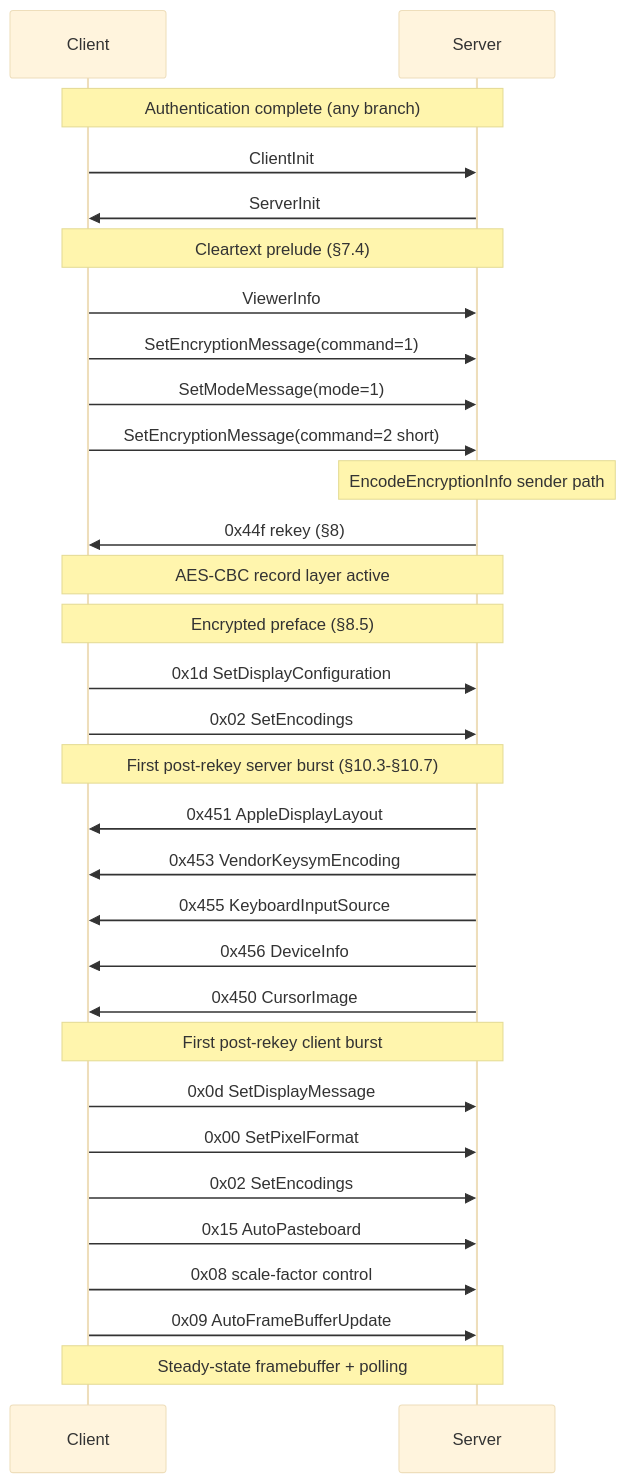
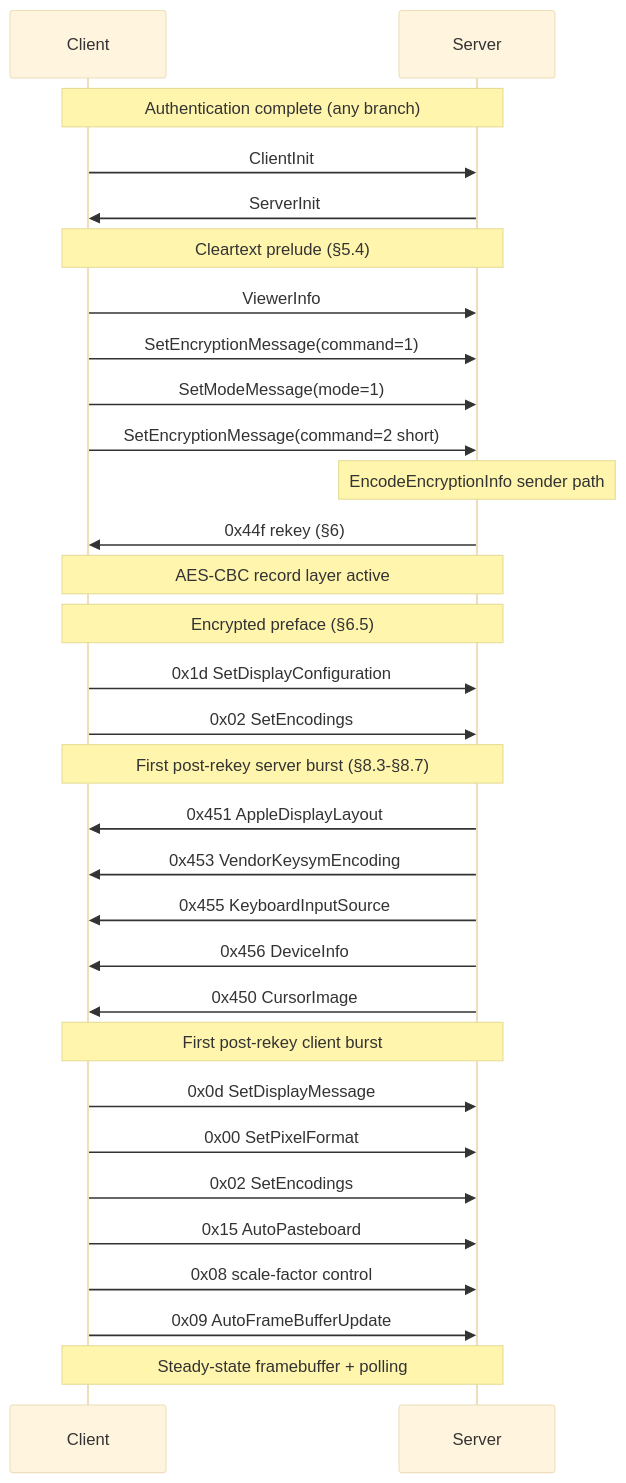
The sixth of 7 diagrams in wiki/apple_vnc_rfc.md (Chapoly1305/libvncserver), drawn with Mermaid (base theme) before and after one commit. The commit also changed other lines of this file, not shown here.

````diff
--- a/wiki/apple_vnc_rfc.md
+++ b/wiki/apple_vnc_rfc.md
@@ -1646,42 +1759,42 @@
 ```mermaid
 sequenceDiagram
     participant C as Client
     participant S as Server
 
     Note over C,S: Authentication complete (any branch)
 
     C->>S: ClientInit
     S->>C: ServerInit
 
-    Note over C,S: Cleartext prelude (§7.4)
+    Note over C,S: Cleartext prelude (§5.4)
     C->>S: ViewerInfo
     C->>S: SetEncryptionMessage(command=1)
     C->>S: SetModeMessage(mode=1)
     C->>S: SetEncryptionMessage(command=2 short)
 
     Note over S: EncodeEncryptionInfo sender path
-    S->>C: 0x44f rekey (§8)
+    S->>C: 0x44f rekey (§6)
 
     Note over C,S: AES-CBC record layer active
 
-    Note over C,S: Encrypted preface (§8.5)
+    Note over C,S: Encrypted preface (§6.5)
     C->>S: 0x1d SetDisplayConfiguration
     C->>S: 0x02 SetEncodings
 
-    Note over C,S: First post-rekey server burst (§10.3-§10.7)
+    Note over C,S: First post-rekey server burst (§8.3-§8.7)
     S->>C: 0x451 AppleDisplayLayout
     S->>C: 0x453 VendorKeysymEncoding
     S->>C: 0x455 KeyboardInputSource
     S->>C: 0x456 DeviceInfo
     S->>C: 0x450 CursorImage
 
     Note over C,S: First post-rekey client burst
     C->>S: 0x0d SetDisplayMessage
     C->>S: 0x00 SetPixelFormat
     C->>S: 0x02 SetEncodings
     C->>S: 0x15 AutoPasteboard
     C->>S: 0x08 scale-factor control
     C->>S: 0x09 AutoFrameBufferUpdate
 
     Note over C,S: Steady-state framebuffer + polling
 ```
````
